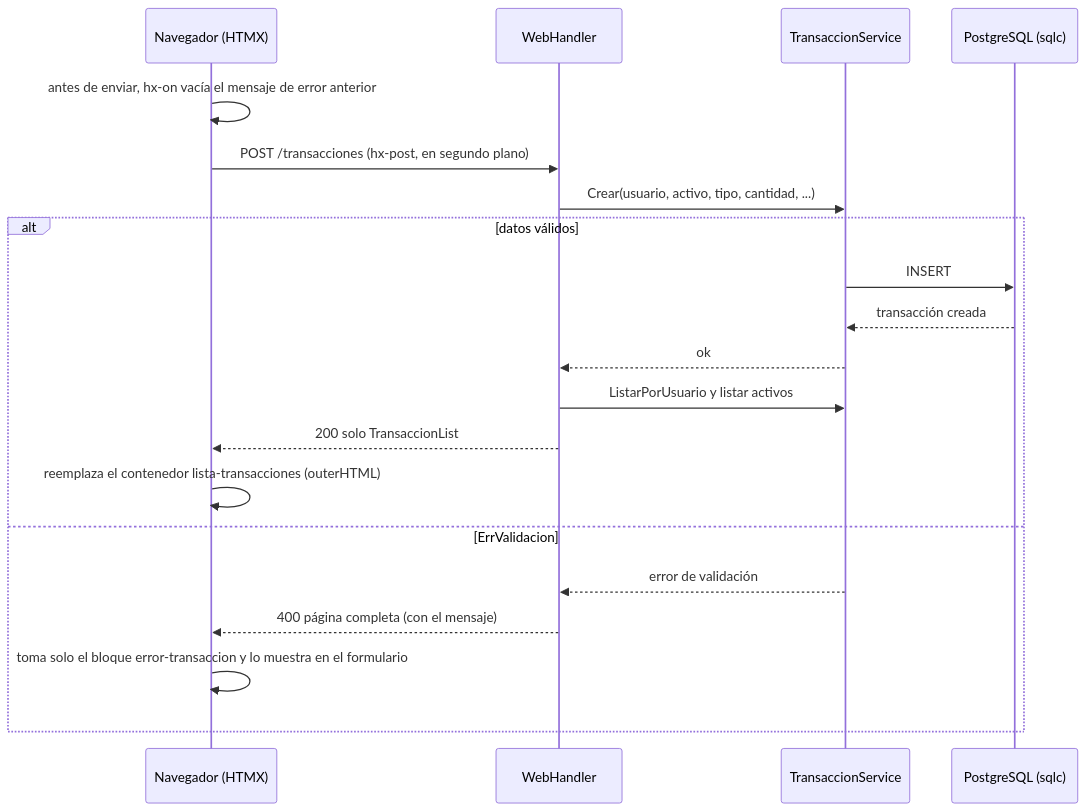
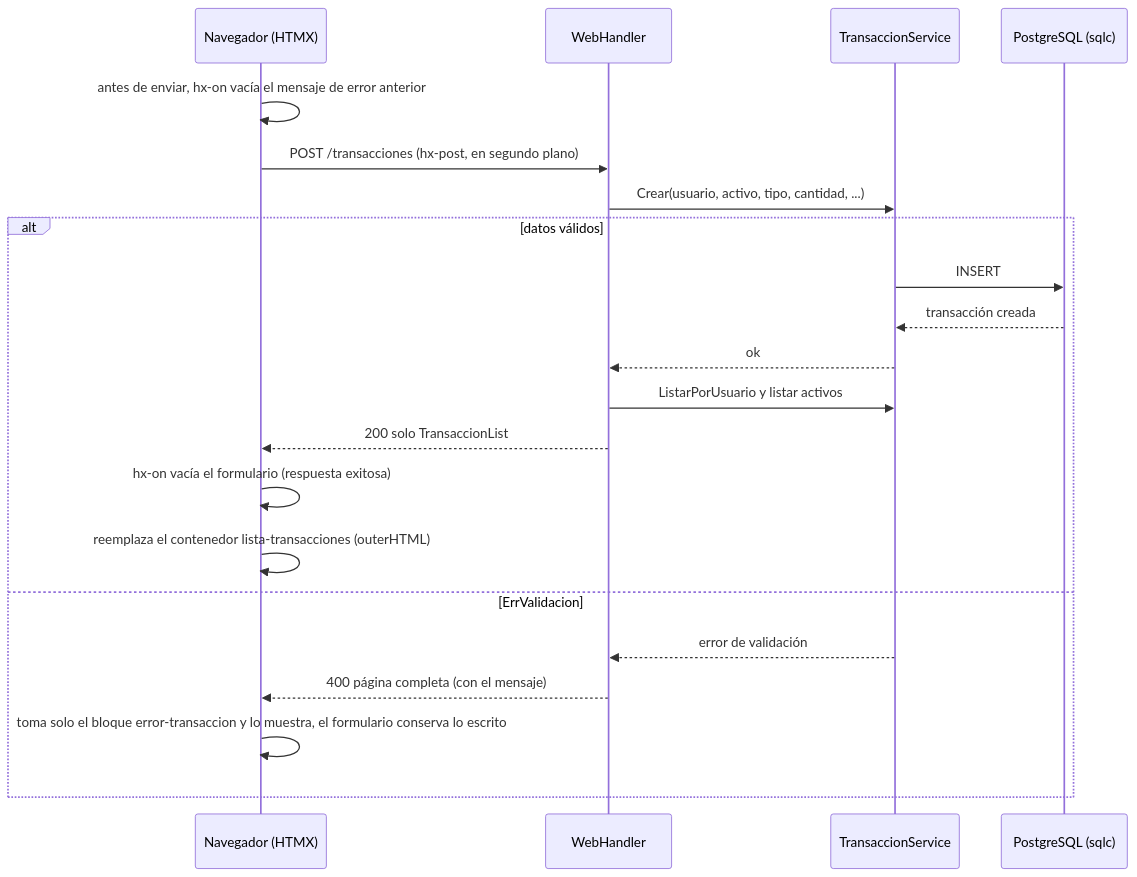
The first of 2 diagrams in docs/DOCUMENTACION.md (FranRamallo/ProgramacionWebTP), drawn with Mermaid before and after one commit. The commit also changed other lines of this file and 3 other files, not shown here.

````diff
--- a/docs/DOCUMENTACION.md
+++ b/docs/DOCUMENTACION.md
@@ -86,22 +88,23 @@
 ```mermaid
 sequenceDiagram
     participant N as Navegador (HTMX)
     participant H as WebHandler
     participant S as TransaccionService
     participant D as PostgreSQL (sqlc)
     N->>N: antes de enviar, hx-on vacía el mensaje de error anterior
     N->>H: POST /transacciones (hx-post, en segundo plano)
     H->>S: Crear(usuario, activo, tipo, cantidad, ...)
     alt datos válidos
         S->>D: INSERT
         D-->>S: transacción creada
         S-->>H: ok
         H->>S: ListarPorUsuario y listar activos
         H-->>N: 200 solo TransaccionList
+        N->>N: hx-on vacía el formulario (respuesta exitosa)
         N->>N: reemplaza el contenedor lista-transacciones (outerHTML)
     else ErrValidacion
         S-->>H: error de validación
         H-->>N: 400 página completa (con el mensaje)
-        N->>N: toma solo el bloque error-transaccion y lo muestra en el formulario
+        N->>N: toma solo el bloque error-transaccion y lo muestra, el formulario conserva lo escrito
     end
 ```
````
